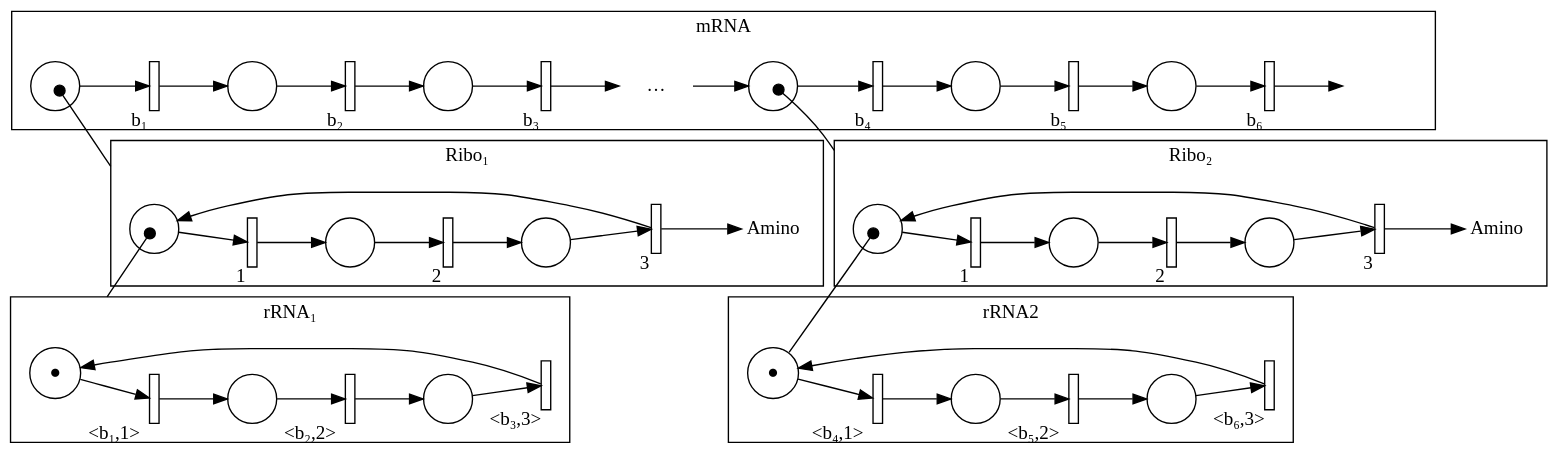
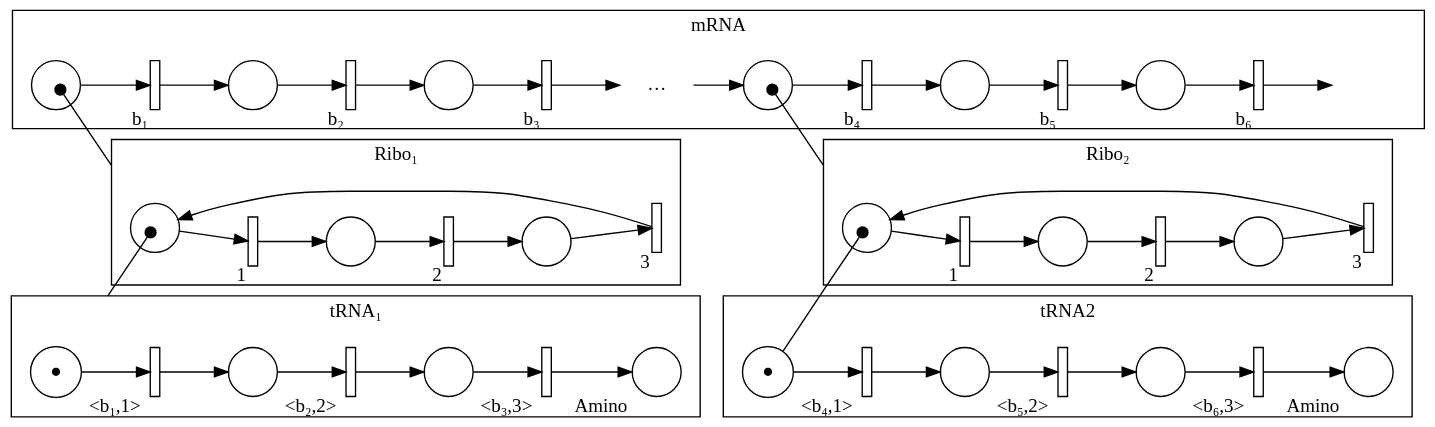
The diagram in protein-synthesis.gv (odanoburu/petri-on-petri), drawn with Graphviz before and after one commit.

Commit message:
small fixes to protein synthesis example

```diff
--- a/protein-synthesis.gv
+++ b/protein-synthesis.gv
@@ -1,100 +1,102 @@
 digraph mRNA {
 
 graph [compound=true];
 rankdir=LR;
 bgcolor="transparent"
 
 subgraph cluster_mRNA {
         label="mRNA"
         margin=14;
         node [shape=circle];
         mrna_p1[label=""];
         mrna_p2[label=""];
         mrna_p3[label=""];
         mrna_p4[label=""];
         mrna_p5[label=""];
         mrna_p6[label=""];
         mrna_dots[label="…",shape=plaintext];
         mrna_end[label="",shape=plaintext];
         node [shape=box, width=0.1];
         mrna_t1[label="",xlabel="b₁"];
         mrna_t2[label="",xlabel="b₂"];
         mrna_t3[label="",xlabel="b₃"];
         mrna_t4[label="",xlabel="b₄"];
         mrna_t5[label="",xlabel="b₅"];
         mrna_t6[label="",xlabel="b₆"];
         mrna_p1->mrna_t1->mrna_p2->mrna_t2->mrna_p3->mrna_t3->mrna_dots->mrna_p4->mrna_t4->mrna_p5->mrna_t5->mrna_p6->mrna_t6->mrna_end;
 }
 
 subgraph cluster_ribo_1 {
         label="Ribo₁";
         margin=14;
 	node [shape=circle];
         ribo1_p1[label=""];
         ribo1_p2[label=""];
         ribo1_p3[label=""];
-        ribo1_amino[label="Amino",shape=plain];
+        // ribo1_amino[label="Amino",shape=plain];
         node [shape=box, width=0.1];
         ribo1_t1[label="",xlabel="1"];
         ribo1_t2[label="",xlabel="2"];
         ribo1_t3[label="",xlabel="3"];
         ribo1_p1->ribo1_t1->ribo1_p2->ribo1_t2->ribo1_p3->ribo1_t3->ribo1_p1;
-        ribo1_t3->ribo1_amino;
+        // ribo1_t3->ribo1_amino;
 }
 
 subgraph cluster_ribo_2 {
         label="Ribo₂";
         margin=14;
 	node [shape=circle];
         ribo2_p1[label=""];
         ribo2_p2[label=""];
         ribo2_p3[label=""];
-        ribo2_amino[label="Amino",shape=plain];
+        // ribo2_amino[label="Amino",shape=plain];
         node [shape=box, width=0.1];
         ribo2_t1[label="",xlabel="1"];
         ribo2_t2[label="",xlabel="2"];
         ribo2_t3[label="",xlabel="3"];
         ribo2_p1->ribo2_t1->ribo2_p2->ribo2_t2->ribo2_p3->ribo2_t3->ribo2_p1;
-        ribo2_t3->ribo2_amino;
+        // ribo2_t3->ribo2_amino;
 }
 
 subgraph cluster_tRNA_1 {
-        label="rRNA₁";
+        label="tRNA₁";
         margin=14;
 	node [shape=circle];
         trna1_p1[label="●"];
         trna1_p2[label=""];
         trna1_p3[label=""];
+        trna1_amino[label="",xlabel="Amino"];
         node [shape=box, width=0.1];
         trna1_t1[label="",xlabel="<b₁,1>"];
         trna1_t2[label="",xlabel="<b₂,2>"];
         trna1_t3[label="",xlabel="<b₃,3>"];
-        trna1_p1->trna1_t1->trna1_p2->trna1_t2->trna1_p3->trna1_t3->trna1_p1;
+        trna1_p1->trna1_t1->trna1_p2->trna1_t2->trna1_p3->trna1_t3->trna1_amino;
 }
 
 subgraph cluster_tRNA_2 {
-        label="rRNA2";
+        label="tRNA2";
         margin=14;
 	node [shape=circle];
         trna2_p1[label="●"];
         trna2_p2[label=""];
         trna2_p3[label=""];
+        trna2_amino[label="",xlabel="Amino"];
         node [shape=box, width=0.1];
         trna2_t1[label="",xlabel="<b₄,1>"];
         trna2_t2[label="",xlabel="<b₅,2>"];
         trna2_t3[label="",xlabel="<b₆,3>"];
-        trna2_p1->trna2_t1->trna2_p2->trna2_t2->trna2_p3->trna2_t3->trna2_p1;
+        trna2_p1->trna2_t1->trna2_p2->trna2_t2->trna2_p3->trna2_t3->trna2_amino;
 }
 
 trna1_p1->ribo1_p1[ltail=cluster_tRNA_1,label="",headclip=false,arrowhead=dot];
 trna2_p1->ribo2_p1[ltail=cluster_tRNA_1,label="",headclip=false,arrowhead=dot];
 
 mrna_p1->ribo1_p1[lhead=cluster_ribo_1,label="",arrowhead=none,tailclip=false,arrowtail=dot,dir=both];
 mrna_p4->ribo2_p1[lhead=cluster_ribo_2,label="",arrowhead=none,tailclip=false,arrowtail=dot,dir=both];
 
 
 }
 
 // Local Variables:
 // indent-tabs-mode: nil
 // End:
```
